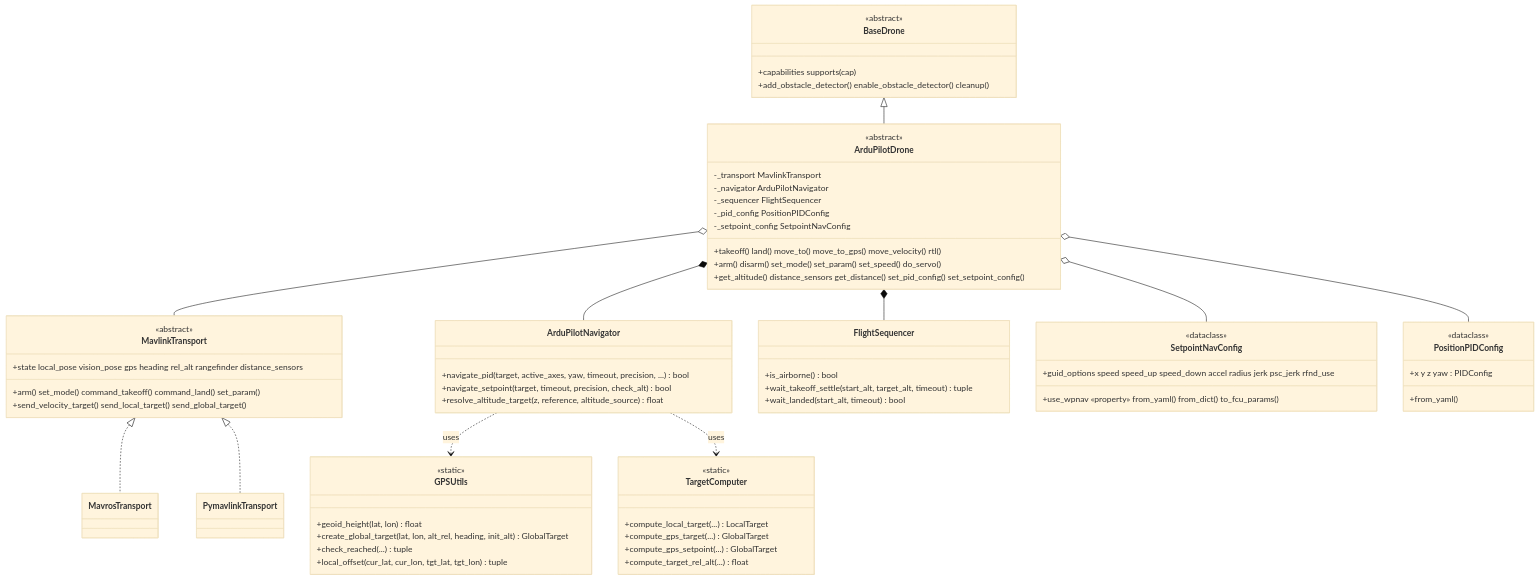
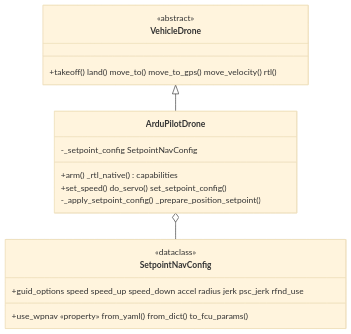
Before and after one commit to Black-Bee-Drones/nectar-sdk: the diagram in nectar/nectar/control/ardupilot/README.md, drawn with Mermaid (base theme). The commit also changed other lines of this file and 10 other files, not shown here.

````diff
--- a/nectar/nectar/control/ardupilot/README.md
+++ b/nectar/nectar/control/ardupilot/README.md
@@ -13,69 +9,20 @@
 ```mermaid
 classDiagram
-    class BaseDrone {
+    class VehicleDrone {
         <<abstract>>
-        +capabilities supports(cap)
-        +add_obstacle_detector() enable_obstacle_detector() cleanup()
+        +takeoff() land() move_to() move_to_gps() move_velocity() rtl()
     }
     class ArduPilotDrone {
-        <<abstract>>
-        -_transport MavlinkTransport
-        -_navigator ArduPilotNavigator
-        -_sequencer FlightSequencer
-        -_pid_config PositionPIDConfig
+        +arm() _rtl_native() capabilities
+        +set_speed() do_servo() set_setpoint_config()
         -_setpoint_config SetpointNavConfig
-        +takeoff() land() move_to() move_to_gps() move_velocity() rtl()
-        +arm() disarm() set_mode() set_param() set_speed() do_servo()
-        +get_altitude() distance_sensors get_distance() set_pid_config() set_setpoint_config()
-    }
-    class MavlinkTransport {
-        <<abstract>>
-        +state local_pose vision_pose gps heading rel_alt rangefinder distance_sensors
-        +arm() set_mode() command_takeoff() command_land() set_param()
-        +send_velocity_target() send_local_target() send_global_target()
-    }
-    class ArduPilotNavigator {
-        +navigate_pid(target, active_axes, yaw, timeout, precision, ...) bool
-        +navigate_setpoint(target, timeout, precision, check_alt) bool
-        +resolve_altitude_target(z, reference, altitude_source) float
-    }
-    class FlightSequencer {
-        +is_airborne() bool
-        +wait_takeoff_settle(start_alt, target_alt, timeout) tuple
-        +wait_landed(start_alt, timeout) bool
-    }
-    class TargetComputer {
-        <<static>>
-        +compute_local_target(...) LocalTarget
-        +compute_gps_target(...) GlobalTarget
-        +compute_gps_setpoint(...) GlobalTarget
-        +compute_target_rel_alt(...) float
-    }
-    class GPSUtils {
-        <<static>>
-        +geoid_height(lat, lon) float
-        +create_global_target(lat, lon, alt_rel, heading, init_alt) GlobalTarget
-        +check_reached(...) tuple
-        +local_offset(cur_lat, cur_lon, tgt_lat, tgt_lon) tuple
+        -_apply_setpoint_config() _prepare_position_setpoint()
     }
     class SetpointNavConfig {
         <<dataclass>>
         +guid_options speed speed_up speed_down accel radius jerk psc_jerk rfnd_use
         +use_wpnav «property» from_yaml() from_dict() to_fcu_params()
     }
-    class PositionPIDConfig {
-        <<dataclass>>
-        +x y z yaw : PIDConfig
-        +from_yaml()
-    }
-    BaseDrone <|-- ArduPilotDrone
-    ArduPilotDrone o-- MavlinkTransport
-    ArduPilotDrone *-- ArduPilotNavigator
-    ArduPilotDrone *-- FlightSequencer
-    ArduPilotDrone o-- PositionPIDConfig
+    VehicleDrone <|-- ArduPilotDrone
     ArduPilotDrone o-- SetpointNavConfig
-    ArduPilotNavigator ..> GPSUtils : uses
-    ArduPilotNavigator ..> TargetComputer : uses
-    MavlinkTransport <|.. MavrosTransport
-    MavlinkTransport <|.. PymavlinkTransport
 ```
````
